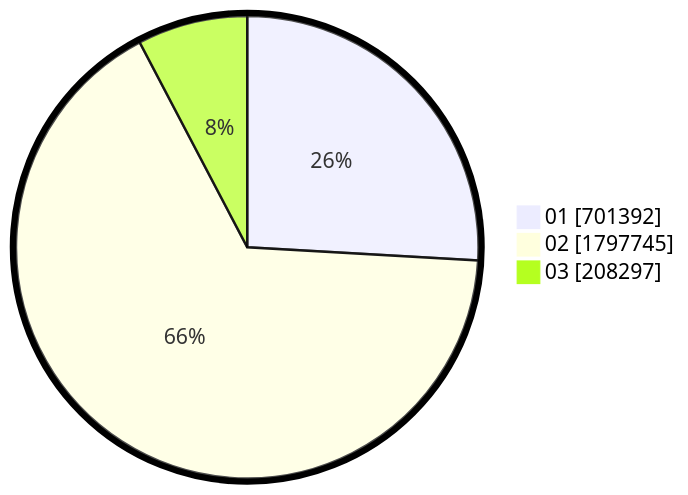
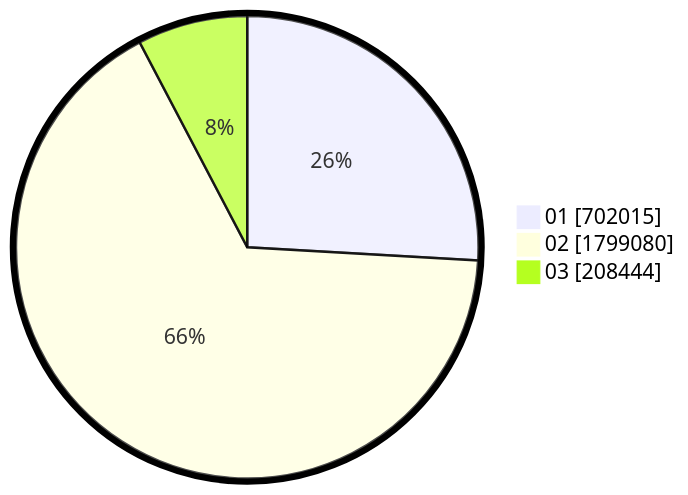
One commit to gigit-pemilu/pemilu-2024 changed the second of 2 diagrams in pilpres/hitung-suara/sub/table-wilayah-52.md. Above: the diagram before and after it, drawn with Mermaid. The commit also changed other lines of this file and 9 other files, not shown here.

````diff
--- a/pilpres/hitung-suara/sub/table-wilayah-52.md
+++ b/pilpres/hitung-suara/sub/table-wilayah-52.md
@@ -15,7 +15,7 @@
 ```mermaid
 %%{init: {"pie": {"textPosition": 0.5}, "themeVariables": {"pieOuterStrokeWidth": "5px"}} }%%
 pie showData
-    "01" : 701392
-    "02" : 1797745
-    "03" : 208297
+    "01" : 702015
+    "02" : 1799080
+    "03" : 208444
 ```
````
